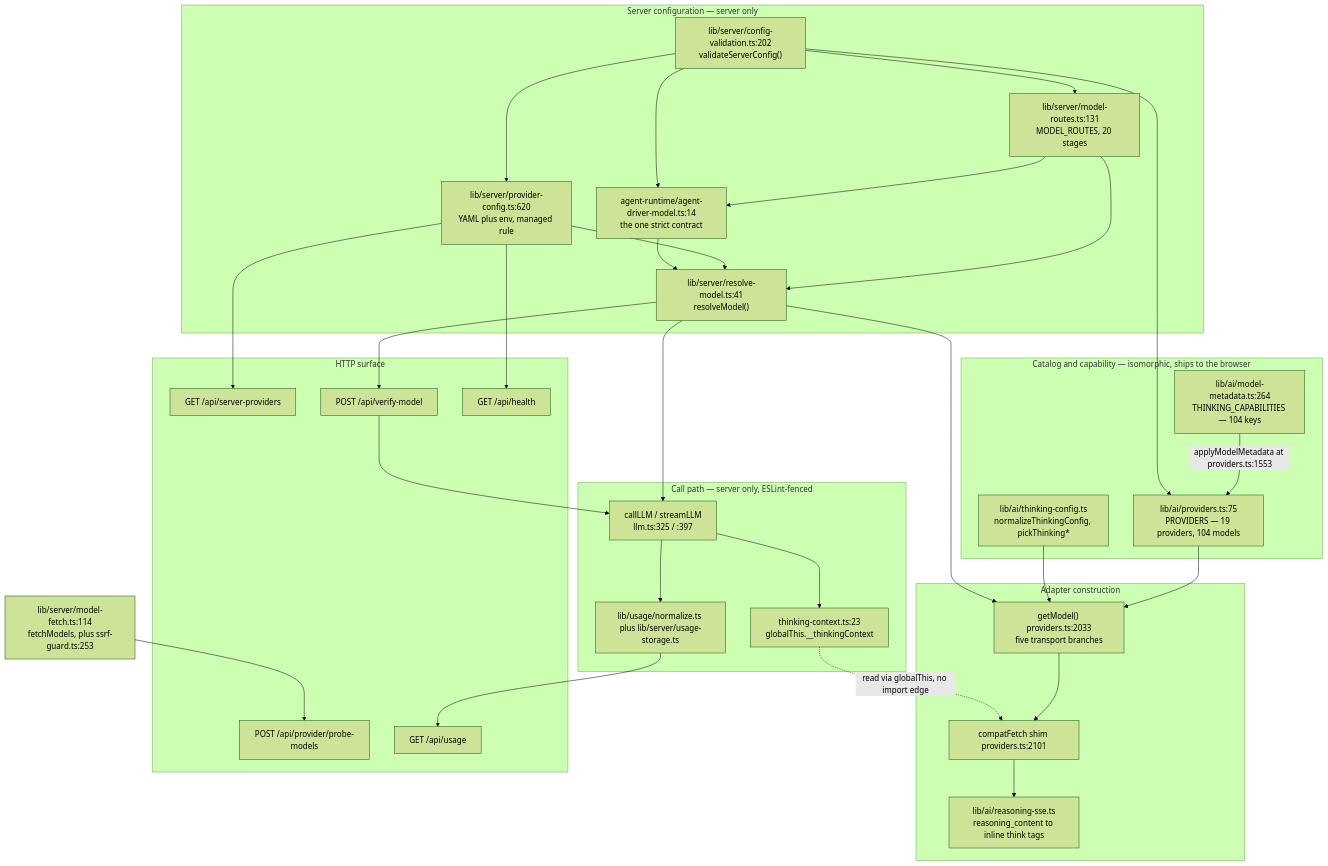
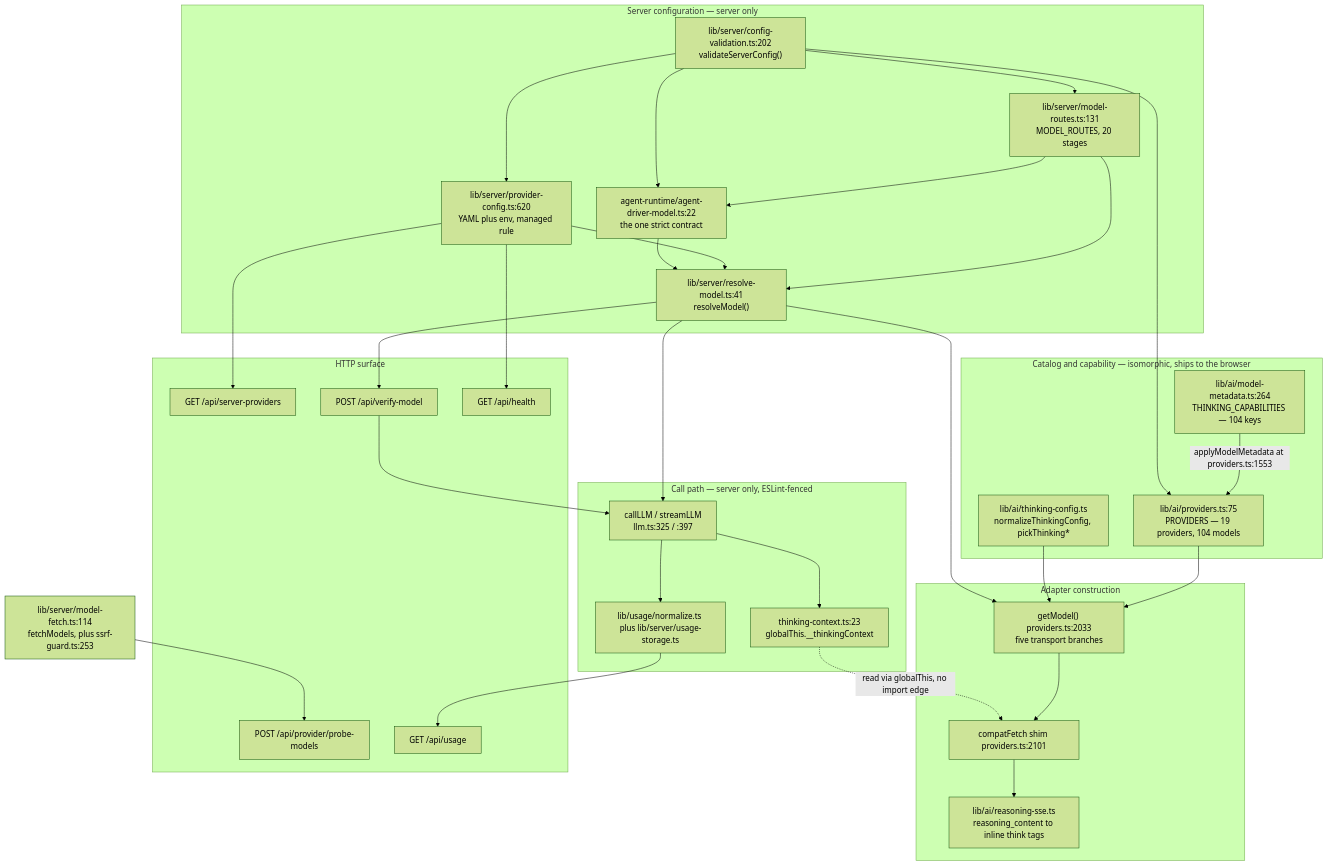
The first of 2 diagrams in docs/04-ai-provider-layer/index.md (cajias/OpenMAIC), drawn with Mermaid (forest theme) before and after one commit. The commit also changed 14 other files, not shown here.

````diff
--- a/docs/04-ai-provider-layer/index.md
+++ b/docs/04-ai-provider-layer/index.md
@@ -31,58 +31,58 @@
 ```mermaid
 flowchart TD
   subgraph catalog["Catalog and capability — isomorphic, ships to the browser"]
     providers["lib/ai/providers.ts:75<br/>PROVIDERS — 19 providers, 104 models"]
     metadata["lib/ai/model-metadata.ts:264<br/>THINKING_CAPABILITIES — 104 keys"]
     thinkcfg["lib/ai/thinking-config.ts<br/>normalizeThinkingConfig, pickThinking*"]
   end
 
   subgraph adapters["Adapter construction"]
     getmodel["getModel() providers.ts:2033<br/>five transport branches"]
     compatfetch["compatFetch shim providers.ts:2101"]
     reasoning["lib/ai/reasoning-sse.ts<br/>reasoning_content to inline think tags"]
   end
 
   subgraph callpath["Call path — server only, ESLint-fenced"]
     llm["callLLM / streamLLM<br/>llm.ts:325 / :397"]
     tctx["thinking-context.ts:23<br/>globalThis.__thinkingContext"]
     usage["lib/usage/normalize.ts plus lib/server/usage-storage.ts"]
   end
 
   subgraph serverconf["Server configuration — server only"]
     provcfg["lib/server/provider-config.ts:620<br/>YAML plus env, managed rule"]
     routes["lib/server/model-routes.ts:131<br/>MODEL_ROUTES, 20 stages"]
     resolve["lib/server/resolve-model.ts:41<br/>resolveModel()"]
     validate["lib/server/config-validation.ts:202<br/>validateServerConfig()"]
-    driver["agent-runtime/agent-driver-model.ts:14<br/>the one strict contract"]
+    driver["agent-runtime/agent-driver-model.ts:22<br/>the one strict contract"]
   end
 
   subgraph http["HTTP surface"]
     srvprov["GET /api/server-providers"]
     verify["POST /api/verify-model"]
     probe["POST /api/provider/probe-models"]
     usageapi["GET /api/usage"]
     health["GET /api/health"]
   end
 
   metadata -->|"applyModelMetadata at providers.ts:1553"| providers
   providers --> getmodel
   thinkcfg --> getmodel
   getmodel --> compatfetch --> reasoning
   tctx -.->|"read via globalThis, no import edge"| compatfetch
   llm --> tctx
   llm --> usage
   routes --> resolve
   provcfg --> resolve
   resolve --> getmodel
   resolve --> llm
   routes --> driver --> resolve
   validate --> routes
   validate --> provcfg
   validate --> providers
   validate --> driver
   provcfg --> srvprov
   provcfg --> health
   resolve --> verify --> llm
   modelfetch["lib/server/model-fetch.ts:114<br/>fetchModels, plus ssrf-guard.ts:253"] --> probe
   usage --> usageapi
 ```
````
